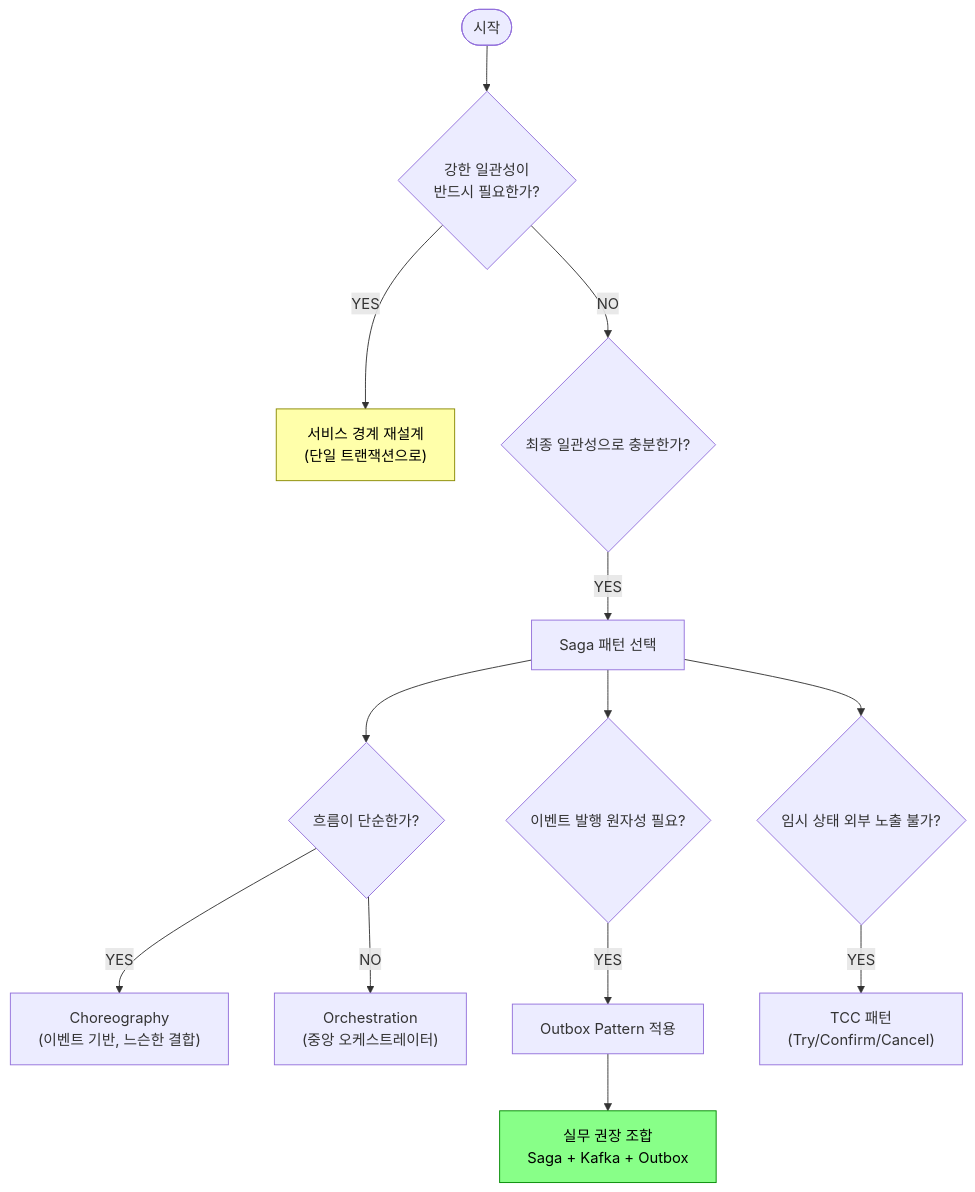
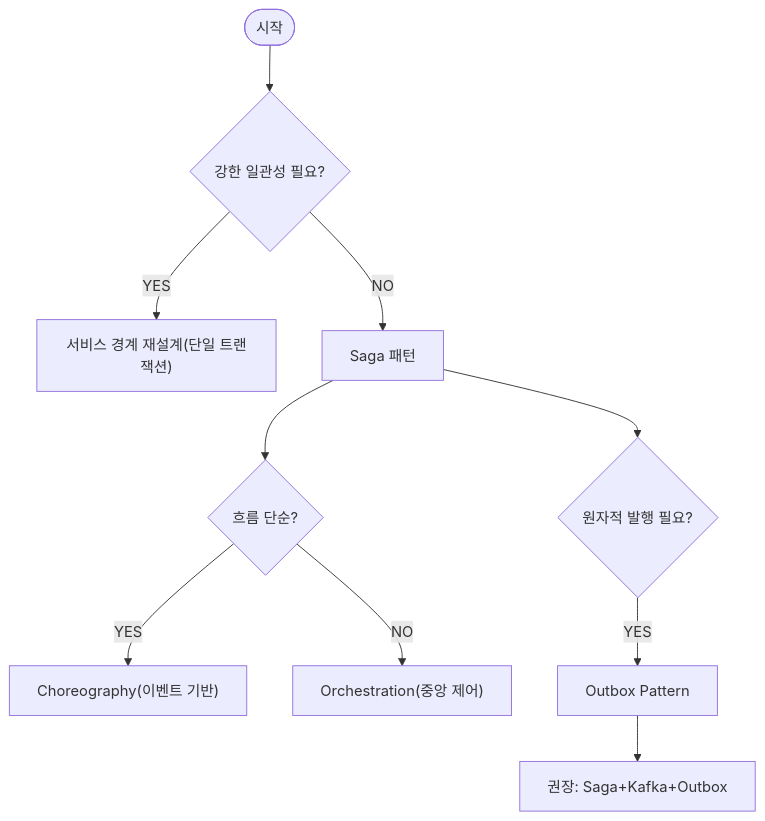
One commit to yjkim2015/yjkim2015.github.io changed the eighth of 8 diagrams in _posts/spring/2026-05-01-distributed-transaction.md. Above: the diagram before and after it, drawn with Mermaid. The commit also changed other lines of this file and 215 other files, not shown here.

First line of the commit message:
신규 포스트 10개 추가 + Mermaid 전면 축소 + SystemDesign 시리즈 보강

````diff
--- a/_posts/spring/2026-05-01-distributed-transaction.md
+++ b/_posts/spring/2026-05-01-distributed-transaction.md
@@ -410,17 +369,12 @@
 ```mermaid
 graph TD
-    START(["시작"]) --> Q1{"강한 일관성이\n반드시 필요한가?"}
-    Q1 -->|"YES"| R1["서비스 경계 재설계\n(단일 트랜잭션으로)"]
-    Q1 -->|"NO"| Q2{"최종 일관성으로 충분한가?"}
-    Q2 -->|"YES"| SAGA["Saga 패턴 선택"]
-    SAGA --> Q3{"흐름이 단순한가?"}
-    Q3 -->|"YES"| CHOREO["Choreography\n(이벤트 기반, 느슨한 결합)"]
-    Q3 -->|"NO"| ORCH["Orchestration\n(중앙 오케스트레이터)"]
-    SAGA --> Q4{"이벤트 발행 원자성 필요?"}
-    Q4 -->|"YES"| OUTBOX["Outbox Pattern 적용"]
-    SAGA --> Q5{"임시 상태 외부 노출 불가?"}
-    Q5 -->|"YES"| TCC["TCC 패턴\n(Try/Confirm/Cancel)"]
-    OUTBOX --> BEST["실무 권장 조합\nSaga + Kafka + Outbox"]
-    style BEST fill:#8f8,stroke:#080,color:#000
-    style R1 fill:#ffa,stroke:#880,color:#000
+    START(["시작"]) --> Q1{"강한 일관성 필요?"}
+    Q1 -->|YES| R1["서비스 경계 재설계(단일 트랜잭션)"]
+    Q1 -->|NO| SAGA["Saga 패턴"]
+    SAGA --> Q3{"흐름 단순?"}
+    Q3 -->|YES| CHOREO["Choreography(이벤트 기반)"]
+    Q3 -->|NO| ORCH["Orchestration(중앙 제어)"]
+    SAGA --> Q4{"원자적 발행 필요?"}
+    Q4 -->|YES| OUTBOX["Outbox Pattern"]
+    OUTBOX --> BEST["권장: Saga+Kafka+Outbox"]
 ```
````
